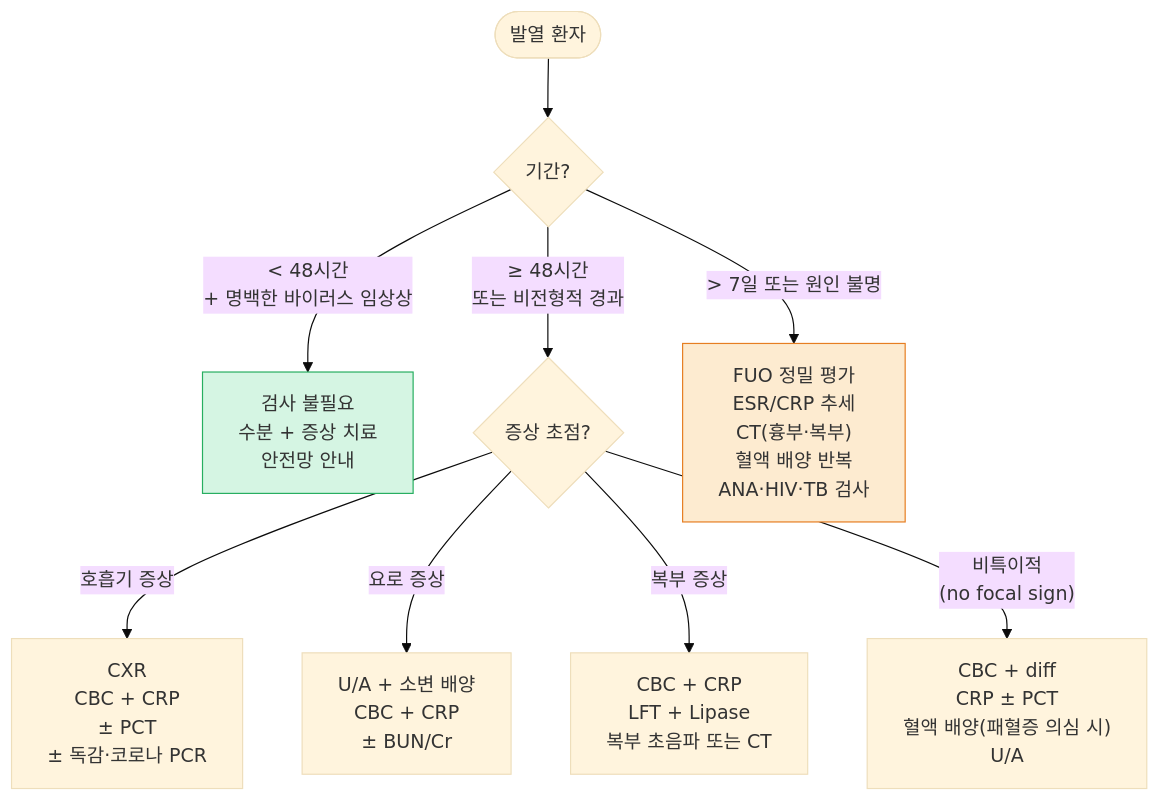
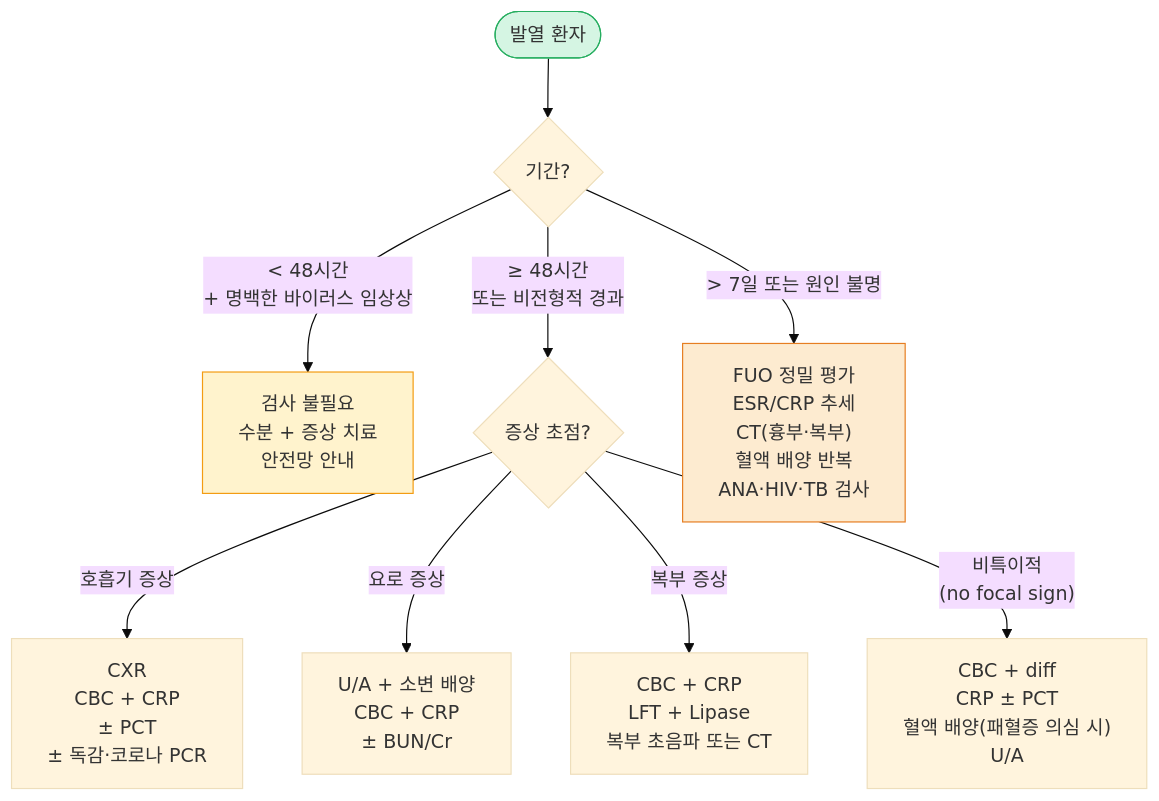
One commit to familyoh77/familyoh77 changed the first of 2 diagrams in 220_/011_-fever.md. Above: the diagram before and after it, drawn with Mermaid (base theme). The commit also changed other lines of this file, not shown here.

````diff
--- a/220_/011_-fever.md
+++ b/220_/011_-fever.md
@@ -96,13 +96,14 @@
 ```mermaid
 graph TD
     A([발열 환자]) --> B{기간?}
     B -->|"< 48시간<br/>+ 명백한 바이러스 임상상"| C["검사 불필요<br/>수분 + 증상 치료<br/>안전망 안내"]
     B -->|"≥ 48시간<br/>또는 비전형적 경과"| D{증상 초점?}
     D -->|호흡기 증상| E["CXR<br/>CBC + CRP<br/>± PCT<br/>± 독감·코로나 PCR"]
     D -->|요로 증상| F["U/A + 소변 배양<br/>CBC + CRP<br/>± BUN/Cr"]
     D -->|복부 증상| G["CBC + CRP<br/>LFT + Lipase<br/>복부 초음파 또는 CT"]
     D -->|"비특이적<br/>(no focal sign)"| H["CBC + diff<br/>CRP ± PCT<br/>혈액 배양(패혈증 의심 시)<br/>U/A"]
     B -->|"> 7일 또는 원인 불명"| I["FUO 정밀 평가<br/>ESR/CRP 추세<br/>CT(흉부·복부)<br/>혈액 배양 반복<br/>ANA·HIV·TB 검사"]
-    style C fill:#d5f5e3,stroke:#27ae60
+    style A fill:#d5f5e3,stroke:#27ae60
+    style C fill:#fff3cd,stroke:#f39c12
     style I fill:#fdebd0,stroke:#e67e22
 ```
````
